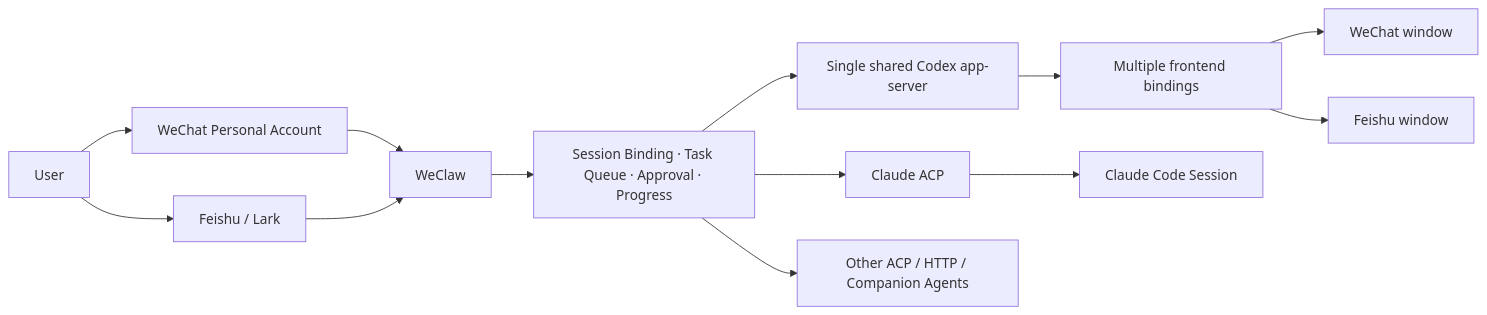
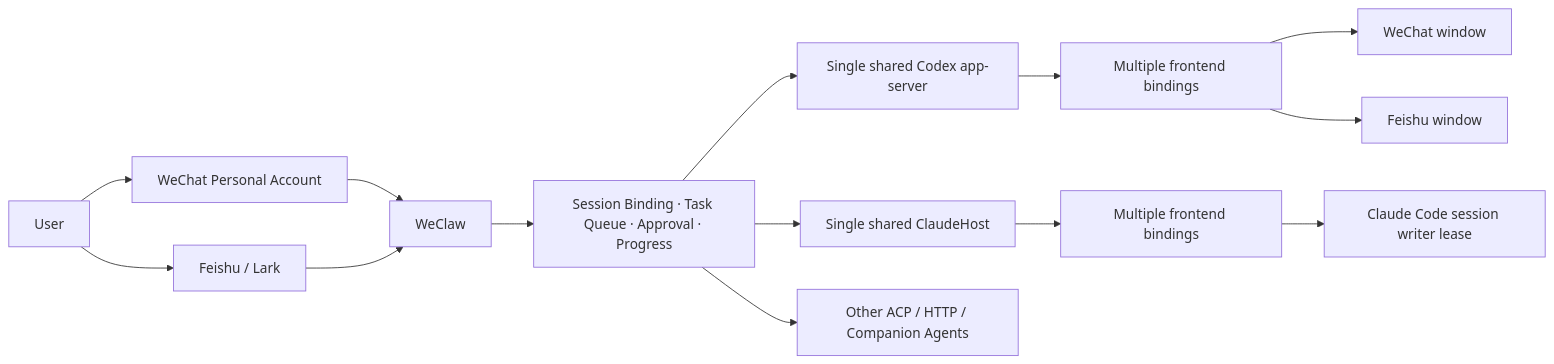
The diagram in README.md (TingRuDeng/weclaw), drawn with Mermaid before and after one commit. The commit also changed other lines of this file and 89 other files, not shown here.

Commit message:
重构 Claude 共享 Host 并完善会话控制

````diff
--- a/README.md
+++ b/README.md
@@ -101,15 +99,16 @@
 ```mermaid
 flowchart LR
     User[User] --> WeChat[WeChat Personal Account]
     User --> Feishu[Feishu / Lark]
     WeChat --> Bridge[WeClaw]
     Feishu --> Bridge
     Bridge --> Core[Session Binding · Task Queue · Approval · Progress]
     Core --> Codex[Single shared Codex app-server]
-    Core --> Claude[Claude ACP]
+    Core --> Claude[Single shared ClaudeHost]
     Core --> Other[Other ACP / HTTP / Companion Agents]
     Codex --> Bindings[Multiple frontend bindings]
     Bindings --> WeChatClient[WeChat window]
     Bindings --> FeishuClient[Feishu window]
-    Claude --> Session[Claude Code Session]
+    Claude --> ClaudeBindings[Multiple frontend bindings]
+    ClaudeBindings --> Session[Claude Code session writer lease]
 ```
````
